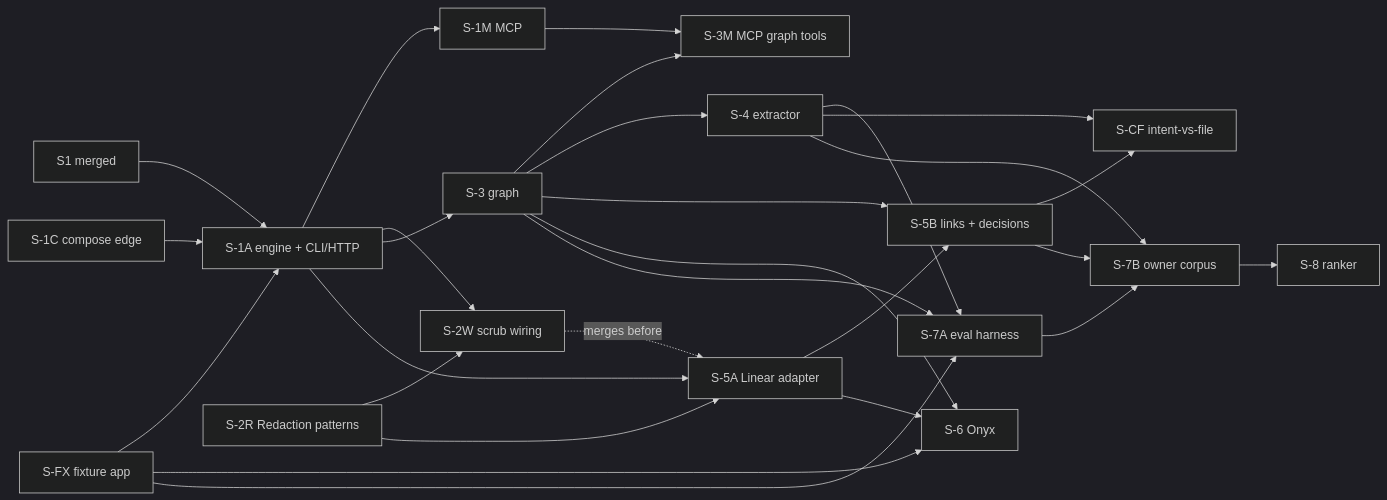
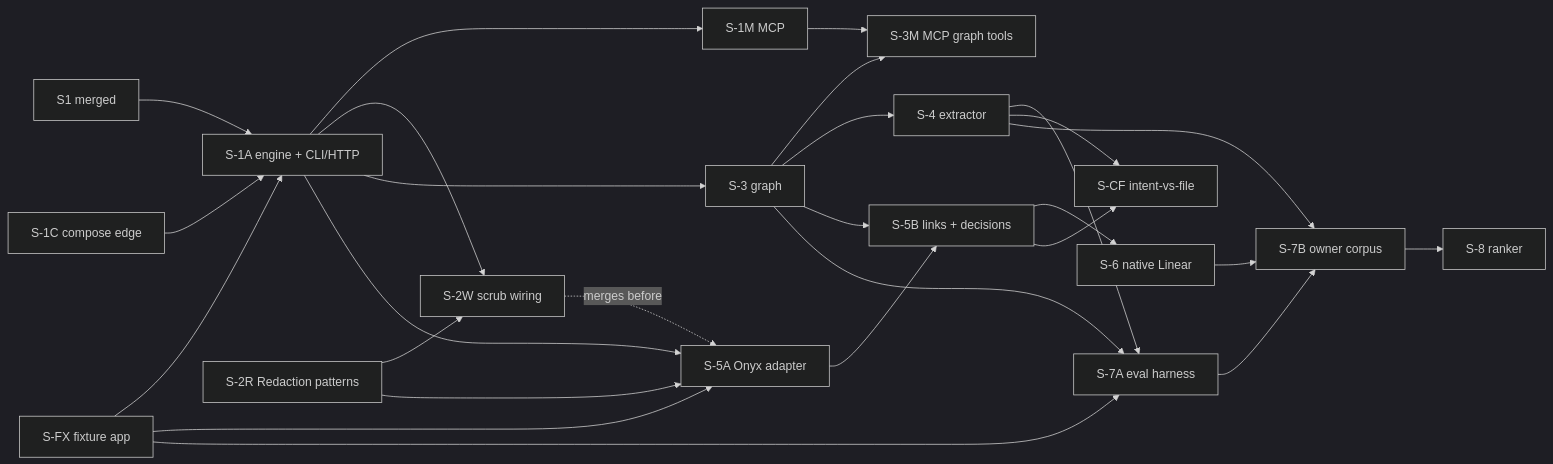
The diagram in docs/superpowers/specs/2026-10-10-sindri-context-retrieval-design.md (joithor/agentic-workflow), drawn with Mermaid (dark theme) before and after one commit. The commit also changed other lines of this file, not shown here.

First line of the commit message:
docs: Onyx before native Linear, hand-written GraphQL for Linear

````diff
--- a/docs/superpowers/specs/2026-10-10-sindri-context-retrieval-design.md
+++ b/docs/superpowers/specs/2026-10-10-sindri-context-retrieval-design.md
@@ -808,30 +811,29 @@
 ```mermaid
 flowchart LR
   S1[S1 merged] --> S1A
   S1C[S-1C compose edge] --> S1A
   SFX[S-FX fixture app] --> S1A
-  SFX --> S6
+  SFX --> S5A
   SFX --> S7A
   S2R[S-2R Redaction patterns] --> S2W
   S2R --> S5A
   S1A[S-1A engine + CLI/HTTP] --> S1M[S-1M MCP]
   S1A --> S2W[S-2W scrub wiring]
   S1A --> S3[S-3 graph]
-  S1A --> S5A[S-5A Linear adapter]
+  S1A --> S5A[S-5A Onyx adapter]
   S2W -. merges before .-> S5A
   S1M --> S3M[S-3M MCP graph tools]
   S3 --> S3M
   S3 --> S4[S-4 extractor]
   S3 --> S5B[S-5B links + decisions]
   S5A --> S5B
-  S3 --> S6[S-6 Onyx]
-  S5A --> S6
+  S5B --> S6[S-6 native Linear]
   S3 --> S7A[S-7A eval harness]
   S4 --> S7A
   S4 --> SCF[S-CF intent-vs-file]
   S5B --> SCF
   S4 --> S7B[S-7B owner corpus]
-  S5B --> S7B
+  S6 --> S7B
   S7A --> S7B
   S7B --> S8[S-8 ranker]
 ```
````
